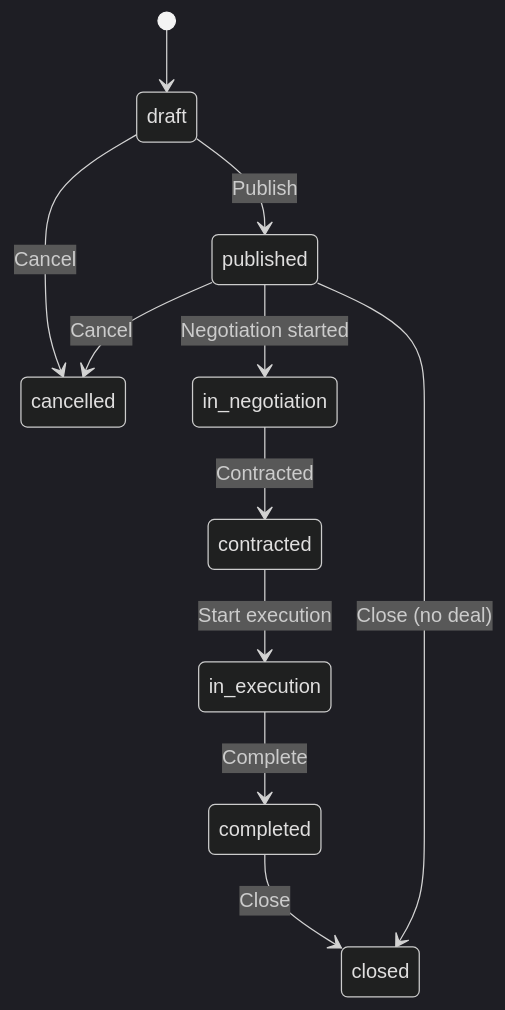
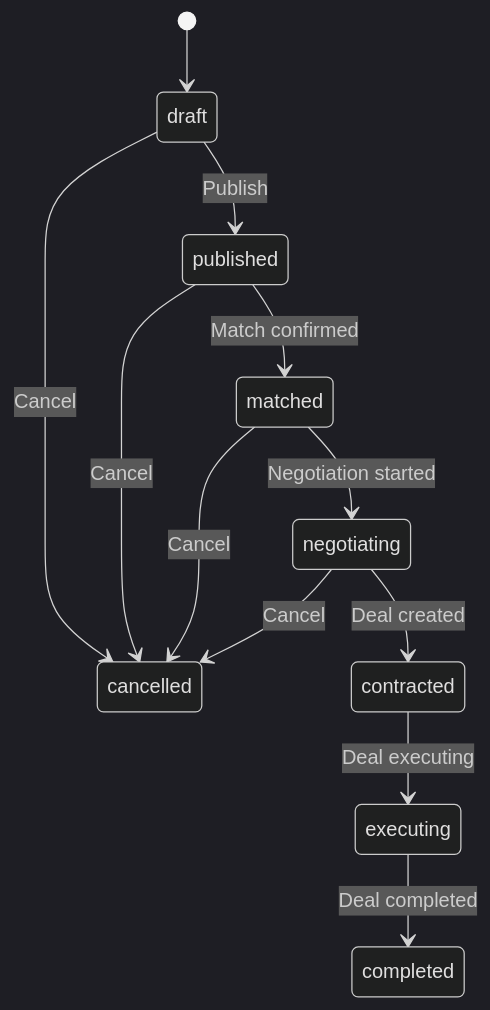
One commit to Mabdelmofdy/PMtwin1 changed the diagram in docs/workflow/opportunity-workflow.md. Above: the diagram before and after it, drawn with Mermaid (dark theme). The commit also changed other lines of this file and 24 other files, not shown here.

````diff
--- a/docs/workflow/opportunity-workflow.md
+++ b/docs/workflow/opportunity-workflow.md
@@ -39,13 +25,14 @@
 ```mermaid
 stateDiagram-v2
   [*] --> draft
   draft --> published : Publish
   draft --> cancelled : Cancel
-  published --> in_negotiation : Negotiation started
-  in_negotiation --> contracted : Contracted
-  contracted --> in_execution : Start execution
-  in_execution --> completed : Complete
-  completed --> closed : Close
-  published --> closed : Close (no deal)
+  published --> matched : Match confirmed
+  matched --> negotiating : Negotiation started
+  negotiating --> contracted : Deal created
+  contracted --> executing : Deal executing
+  executing --> completed : Deal completed
   published --> cancelled : Cancel
+  matched --> cancelled : Cancel
+  negotiating --> cancelled : Cancel
 ```
````
